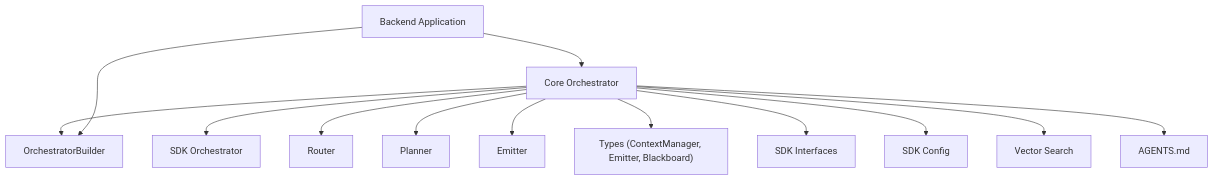
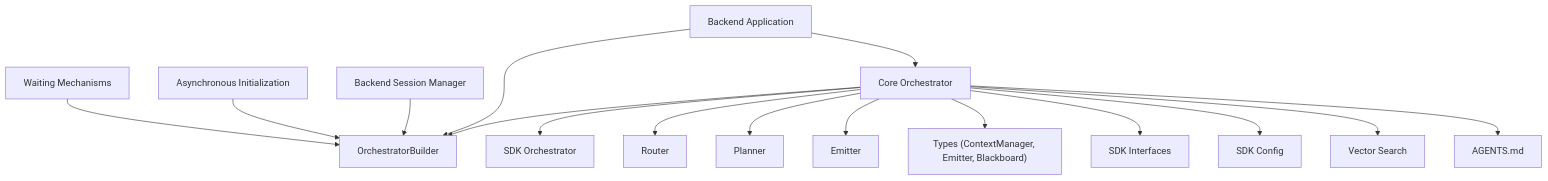
Before and after one commit to v0lka/c0wrk: diagram 15 of 15 in .qoder/repowiki/en/content/Core AI Engine/Orchestrator Architecture.md, drawn with Mermaid. The commit also changed other lines of this file and 8 other files, not shown here.

````diff
--- a/.qoder/repowiki/en/content/Core AI Engine/Orchestrator Architecture.md
+++ b/.qoder/repowiki/en/content/Core AI Engine/Orchestrator Architecture.md
@@ -619,15 +733,18 @@
 ```mermaid
 graph TB
 CORE_ORCH["Core Orchestrator"] --> SDK_ORCH["SDK Orchestrator"]
 CORE_ORCH --> ROUTER["Router"]
 CORE_ORCH --> PLANNER["Planner"]
 CORE_ORCH --> EMITTER["Emitter"]
 CORE_ORCH --> TYPES["Types (ContextManager, Emitter, Blackboard)"]
 CORE_ORCH --> BUILDER["OrchestratorBuilder"]
 CORE_ORCH --> SDK_IFACES["SDK Interfaces"]
 CORE_ORCH --> SDK_CFG["SDK Config"]
 CORE_ORCH --> VECTOR_SEARCH["Vector Search"]
 CORE_ORCH --> AGENTS_MD["AGENTS.md"]
 BACK_APP["Backend Application"] --> BUILDER
 BACK_APP --> CORE_ORCH
+BACK_MANAGER["Backend Session Manager"] --> BUILDER
+ASYNC_INIT["Asynchronous Initialization"] --> BUILDER
+WAIT_MECHANISM["Waiting Mechanisms"] --> BUILDER
 ```
````
